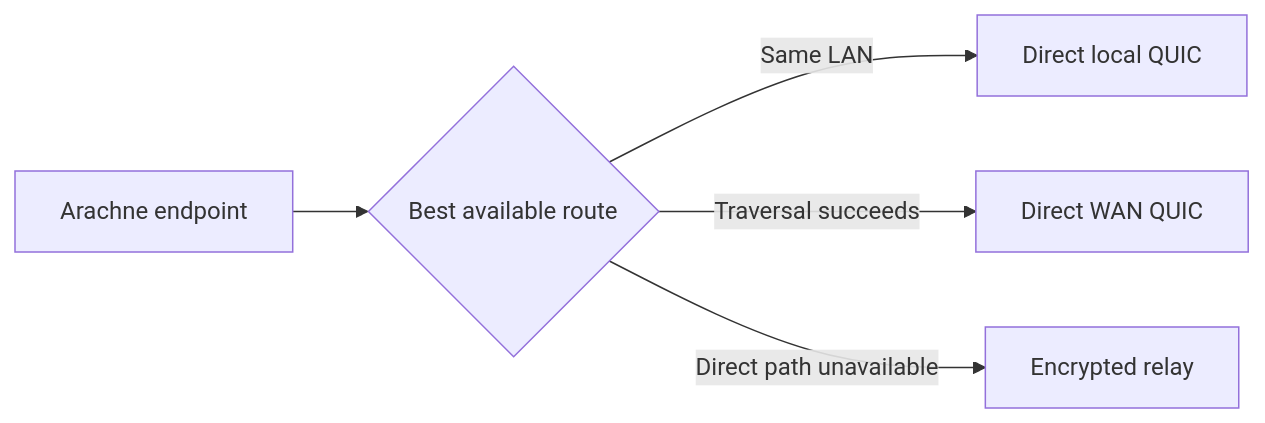
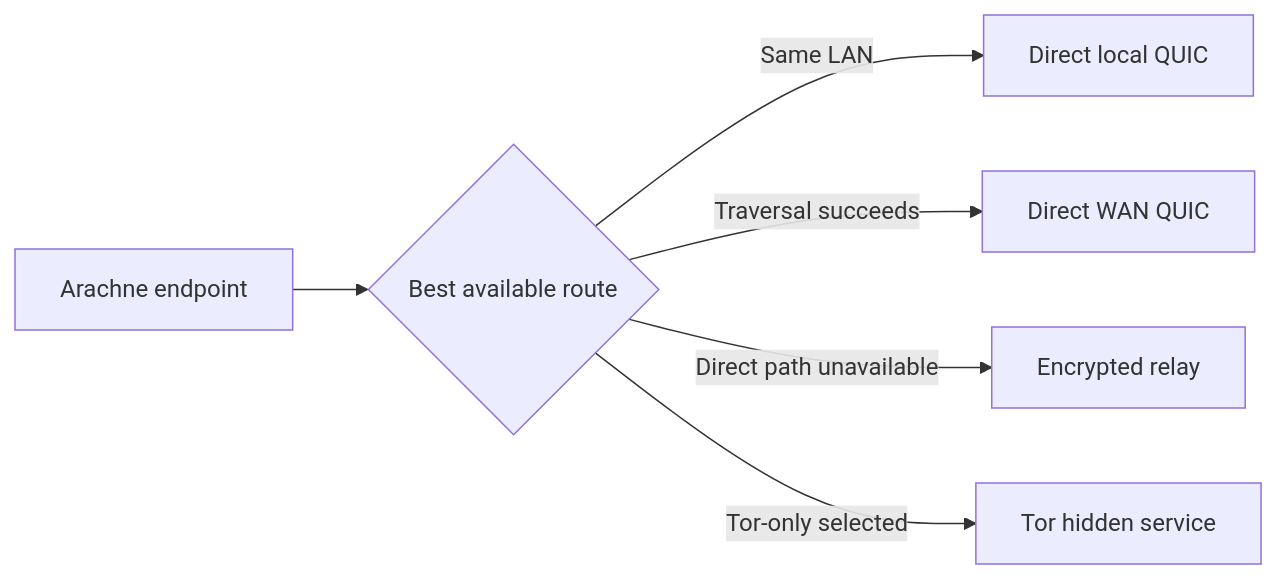
Before and after one commit to arachne-systems/arachne-atak: the second of 3 diagrams in docs/technical-architecture.md, drawn with Mermaid. The commit also changed other lines of this file and 1 other file, not shown here.

Commit message:
docs: document Tor transport in ATAK

````diff
--- a/docs/technical-architecture.md
+++ b/docs/technical-architecture.md
@@ -156,7 +158,8 @@
 ```mermaid
 flowchart LR
     DEVICE["Arachne endpoint"] --> ROUTE{"Best available route"}
     ROUTE -->|"Same LAN"| LOCAL["Direct local QUIC"]
     ROUTE -->|"Traversal succeeds"| WAN["Direct WAN QUIC"]
     ROUTE -->|"Direct path unavailable"| FALLBACK["Encrypted relay"]
+    ROUTE -->|"Tor-only selected"| TOR["Tor hidden service"]
 ```
````
